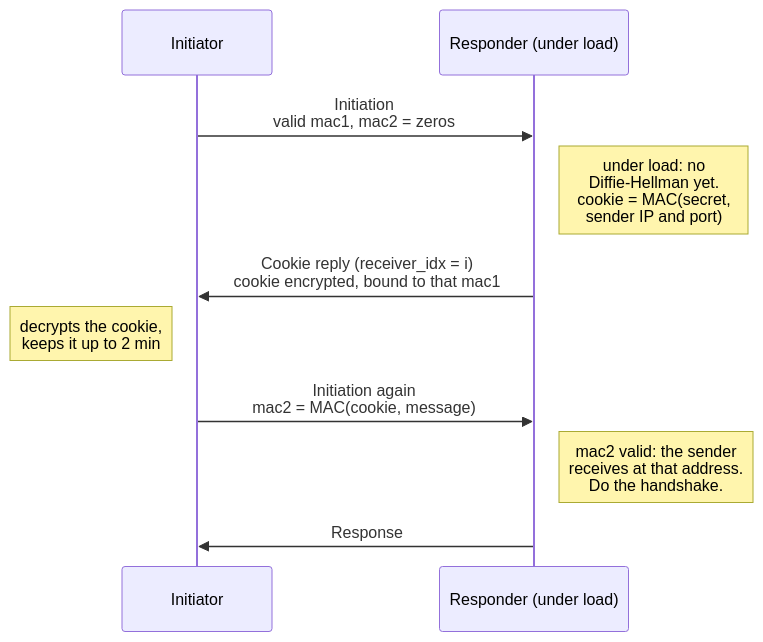
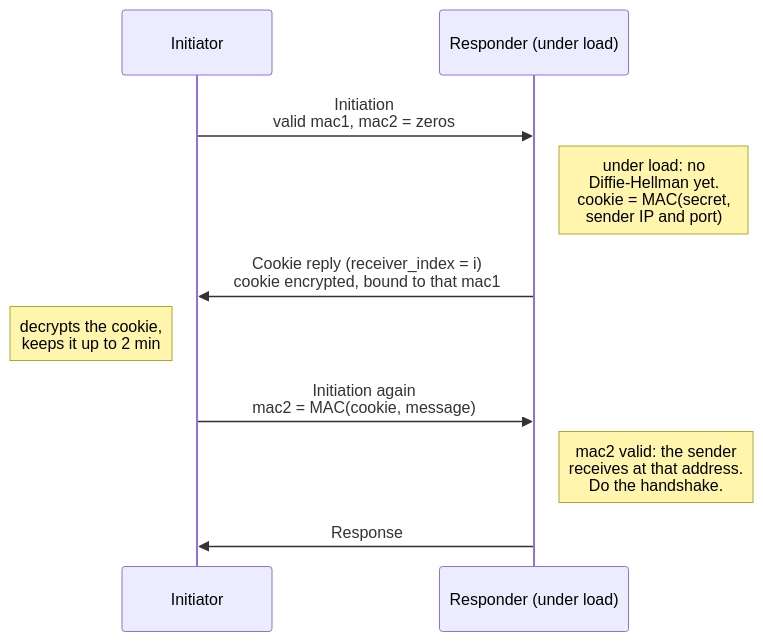
The sixth of 23 diagrams in docs/how-it-works.md (3alpha/wg-relay), drawn with Mermaid before and after one commit. The commit also changed other lines of this file and 46 other files, not shown here.

````diff
--- a/docs/how-it-works.md
+++ b/docs/how-it-works.md
@@ -241,12 +243,12 @@
 ```mermaid
 sequenceDiagram
     participant I as Initiator
     participant R as Responder (under load)
     I->>R: Initiation<br/>valid mac1, mac2 = zeros
     Note right of R: under load: no<br/>Diffie-Hellman yet.<br/>cookie = MAC(secret,<br/>sender IP and port)
-    R->>I: Cookie reply (receiver_idx = i)<br/>cookie encrypted, bound to that mac1
+    R->>I: Cookie reply (receiver_index = i)<br/>cookie encrypted, bound to that mac1
     Note left of I: decrypts the cookie,<br/>keeps it up to 2 min
     I->>R: Initiation again<br/>mac2 = MAC(cookie, message)
     Note right of R: mac2 valid: the sender<br/>receives at that address.<br/>Do the handshake.
     R->>I: Response
 ```
````
